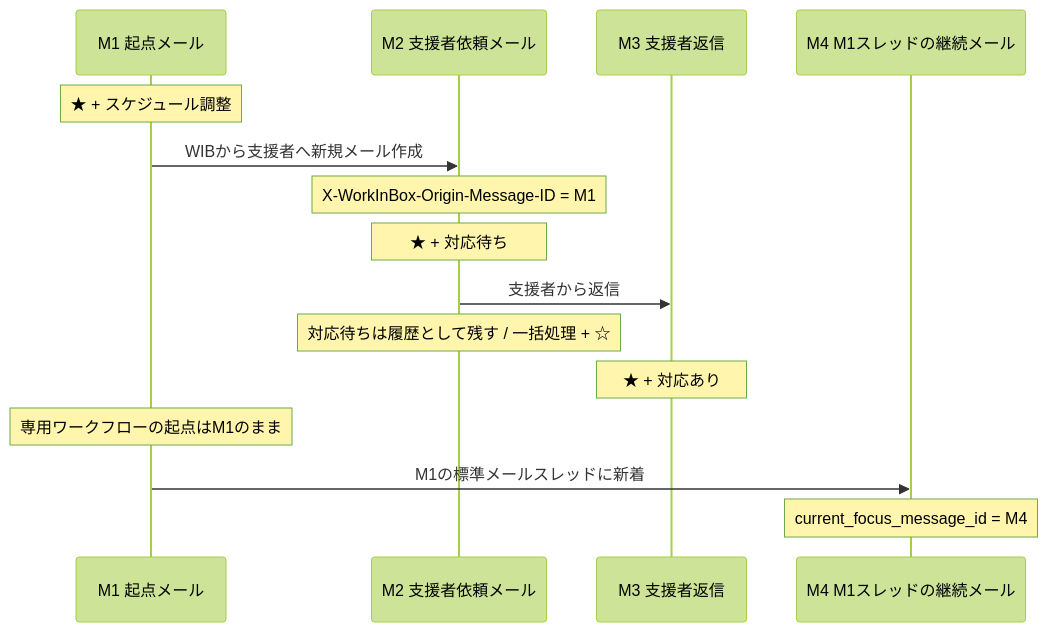
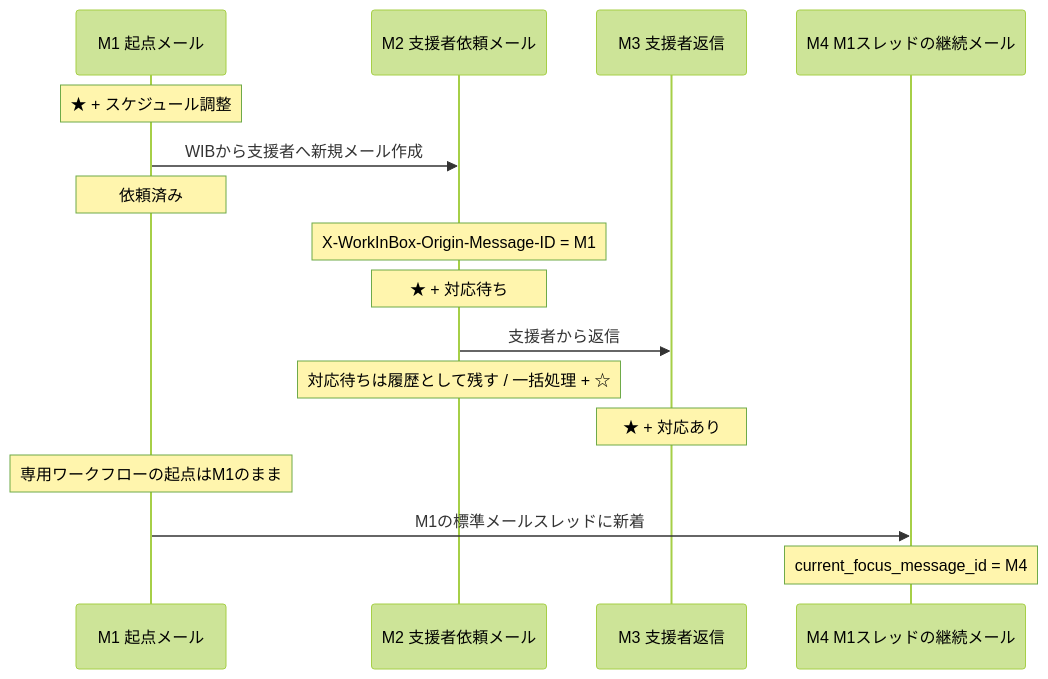
Before and after one commit to a3suger/WorkInBox: the diagram in docs/design_workflow.md, drawn with Mermaid (forest theme). The commit also changed other lines of this file, not shown here.

````diff
--- a/docs/design_workflow.md
+++ b/docs/design_workflow.md
@@ -649,18 +655,19 @@
 ```mermaid
 sequenceDiagram
     participant M1 as M1 起点メール
     participant M2 as M2 支援者依頼メール
     participant M3 as M3 支援者返信
     participant M4 as M4 M1スレッドの継続メール
 
     Note over M1: ★ + スケジュール調整
     M1->>M2: WIBから支援者へ新規メール作成
+    Note over M1: 依頼済み
     Note over M2: X-WorkInBox-Origin-Message-ID = M1
     Note over M2: ★ + 対応待ち
     M2->>M3: 支援者から返信
     Note over M2: 対応待ちは履歴として残す / 一括処理 + ☆
     Note over M3: ★ + 対応あり
     Note over M1: 専用ワークフローの起点はM1のまま
     M1->>M4: M1の標準メールスレッドに新着
     Note over M4: current_focus_message_id = M4
 ```
````
